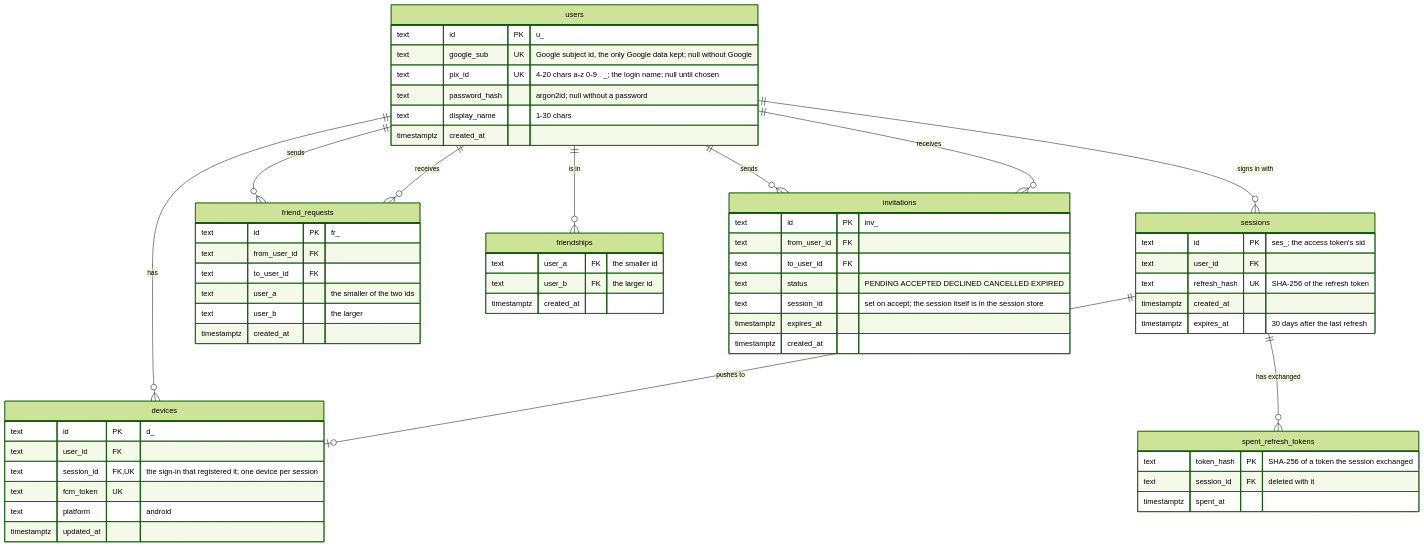
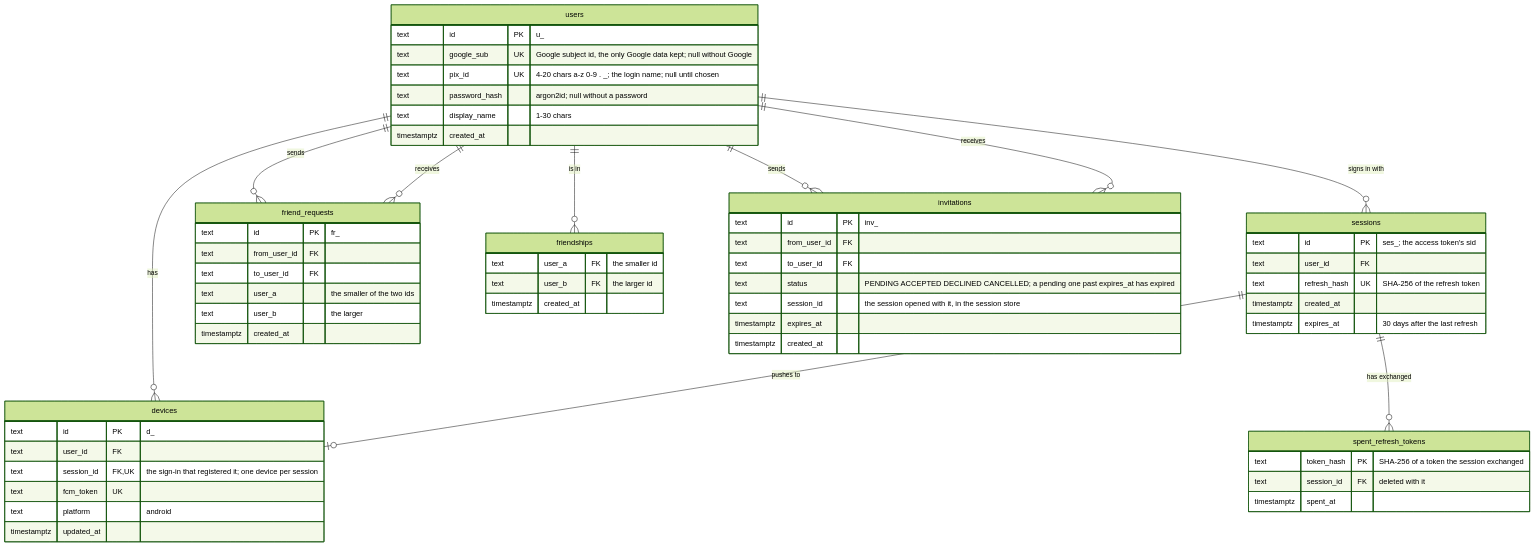
Diagram 12 of 12 in wiki/Design-Documentation.md (snuhcs-course/swpp-2026-project-team-10), drawn with Mermaid (forest theme) before and after one commit. The commit also changed other lines of this file and 24 other files, not shown here.

````diff
--- a/wiki/Design-Documentation.md
+++ b/wiki/Design-Documentation.md
@@ -1801,62 +1810,62 @@
 ```mermaid
 erDiagram
   users ||--o{ devices : has
   users ||--o{ sessions : "signs in with"
   sessions ||--o{ spent_refresh_tokens : "has exchanged"
   sessions ||--o| devices : "pushes to"
   users ||--o{ friend_requests : sends
   users ||--o{ friend_requests : receives
   users ||--o{ friendships : "is in"
   users ||--o{ invitations : sends
   users ||--o{ invitations : receives
   users {
     text id PK "u_<ulid>"
     text google_sub UK "Google subject id, the only Google data kept; null without Google"
     text pix_id UK "4-20 chars a-z 0-9 . _; the login name; null until chosen"
     text password_hash "argon2id; null without a password"
     text display_name "1-30 chars"
     timestamptz created_at
   }
   devices {
     text id PK "d_<ulid>"
     text user_id FK
     text session_id FK,UK "the sign-in that registered it; one device per session"
     text fcm_token UK
     text platform "android"
     timestamptz updated_at
   }
   sessions {
     text id PK "ses_<ulid>; the access token's sid"
     text user_id FK
     text refresh_hash UK "SHA-256 of the refresh token"
     timestamptz created_at
     timestamptz expires_at "30 days after the last refresh"
   }
   spent_refresh_tokens {
     text token_hash PK "SHA-256 of a token the session exchanged"
     text session_id FK "deleted with it"
     timestamptz spent_at
   }
   friend_requests {
     text id PK "fr_<ulid>"
     text from_user_id FK
     text to_user_id FK
     text user_a "the smaller of the two ids"
     text user_b "the larger"
     timestamptz created_at
   }
   friendships {
     text user_a FK "the smaller id"
     text user_b FK "the larger id"
     timestamptz created_at
   }
   invitations {
     text id PK "inv_<ulid>"
     text from_user_id FK
     text to_user_id FK
-    text status "PENDING ACCEPTED DECLINED CANCELLED EXPIRED"
-    text session_id "set on accept; the session itself is in the session store"
+    text status "PENDING ACCEPTED DECLINED CANCELLED; a pending one past expires_at has expired"
+    text session_id "the session opened with it, in the session store"
     timestamptz expires_at
     timestamptz created_at
   }
 ```
````
